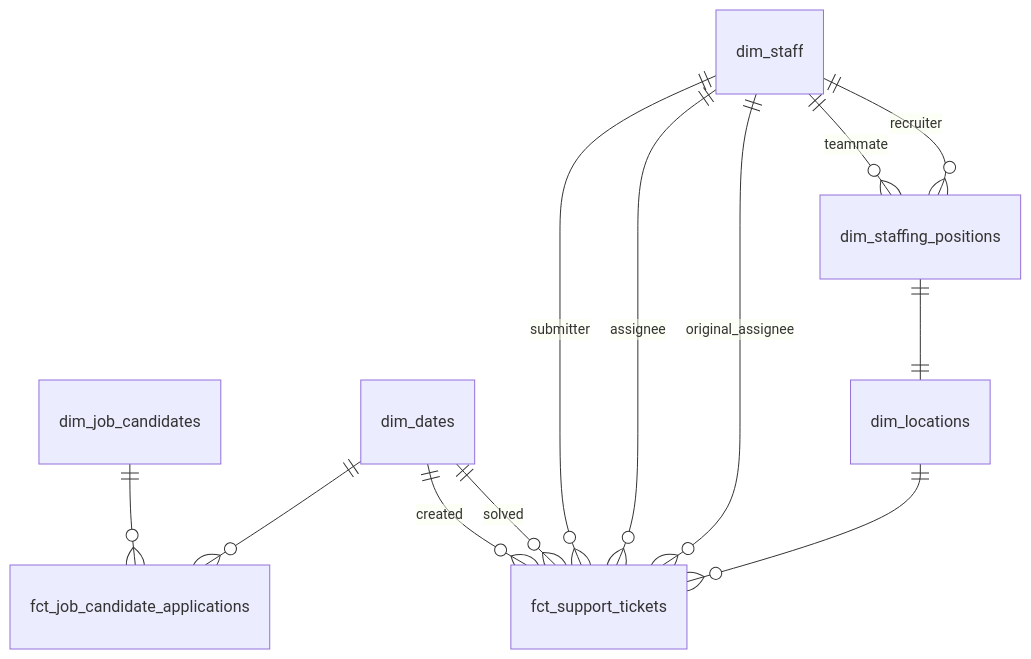
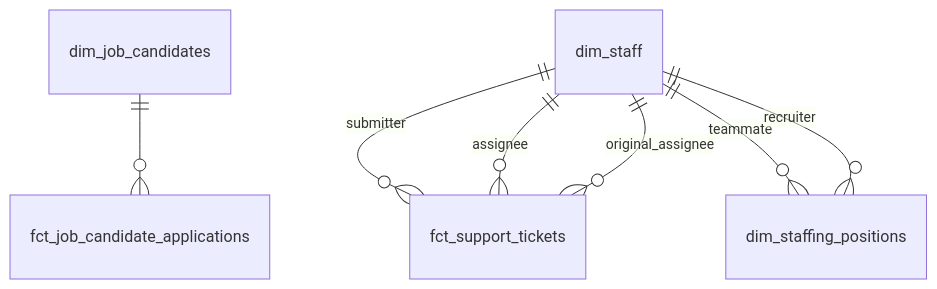
Before and after one commit to TEAMSchools/teamster: the tenth of 10 diagrams in docs/superpowers/specs/2026-03-27-star-schema-data-mart-design.md, drawn with Mermaid. The commit also changed other lines of this file, not shown here.

First line of the commit message:
docs: omit conformed dims from star-schema ERDs

````diff
--- a/docs/superpowers/specs/2026-03-27-star-schema-data-mart-design.md
+++ b/docs/superpowers/specs/2026-03-27-star-schema-data-mart-design.md
@@ -721,14 +683,9 @@
 ```mermaid
 erDiagram
     dim_job_candidates ||--o{ fct_job_candidate_applications : ""
     dim_staff ||--o{ fct_support_tickets : "submitter"
     dim_staff ||--o{ fct_support_tickets : "assignee"
     dim_staff ||--o{ fct_support_tickets : "original_assignee"
-    dim_dates ||--o{ fct_job_candidate_applications : ""
-    dim_dates ||--o{ fct_support_tickets : "created"
-    dim_dates ||--o{ fct_support_tickets : "solved"
-    dim_locations ||--o{ fct_support_tickets : ""
-    dim_staffing_positions ||--|| dim_locations : ""
     dim_staff ||--o{ dim_staffing_positions : "teammate"
     dim_staff ||--o{ dim_staffing_positions : "recruiter"
 ```
````
